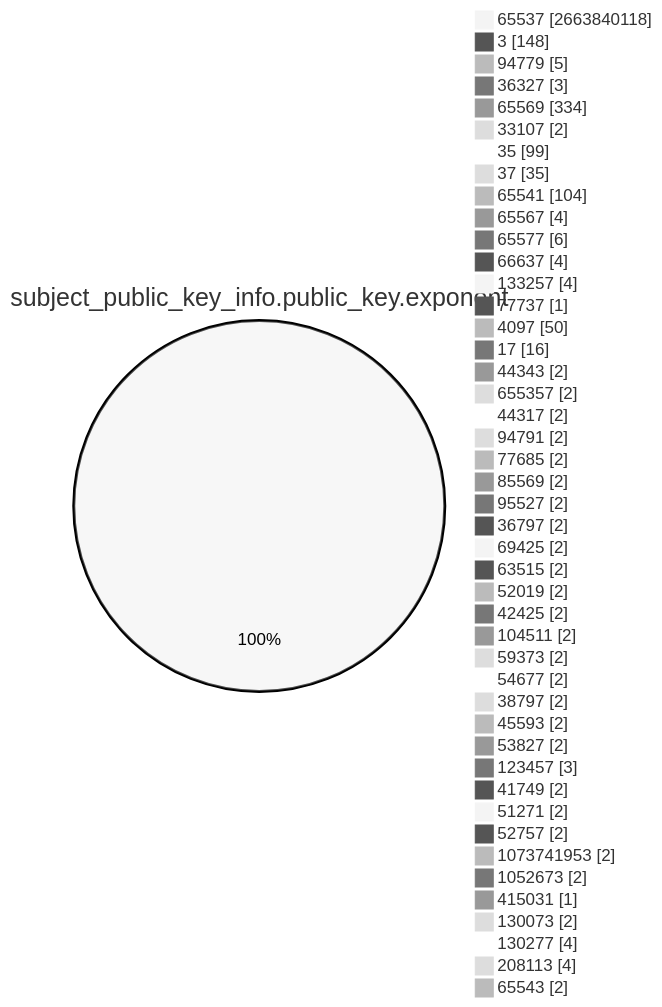
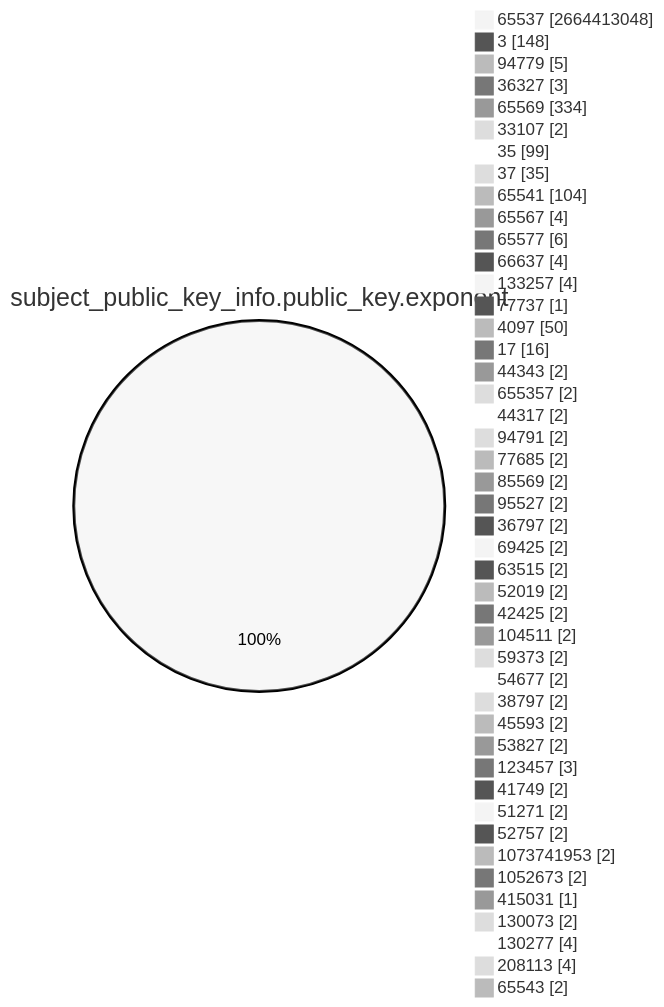
One commit to christiankrug/ctmonitor_visualization changed the fourth of 15 diagrams in TOTAL/README.md. Above: the diagram before and after it, drawn with Mermaid (neutral theme). The commit also changed other lines of this file, not shown here.

````diff
--- a/TOTAL/README.md
+++ b/TOTAL/README.md
@@ -1467,49 +1467,49 @@
 ```mermaid
 pie showData
 title subject_public_key_info.public_key.exponent
-"65537" :2663840118
+"65537" :2664413048
 "3" :148
 "94779" :5
 "36327" :3
 "65569" :334
 "33107" :2
 "35" :99
 "37" :35
 "65541" :104
 "65567" :4
 "65577" :6
 "66637" :4
 "133257" :4
 "77737" :1
 "4097" :50
 "17" :16
 "44343" :2
 "655357" :2
 "44317" :2
 "94791" :2
 "77685" :2
 "85569" :2
 "95527" :2
 "36797" :2
 "69425" :2
 "63515" :2
 "52019" :2
 "42425" :2
 "104511" :2
 "59373" :2
 "54677" :2
 "38797" :2
 "45593" :2
 "53827" :2
 "123457" :3
 "41749" :2
 "51271" :2
 "52757" :2
 "1073741953" :2
 "1052673" :2
 "415031" :1
 "130073" :2
 "130277" :4
 "208113" :4
 "65543" :2
 ```
````
